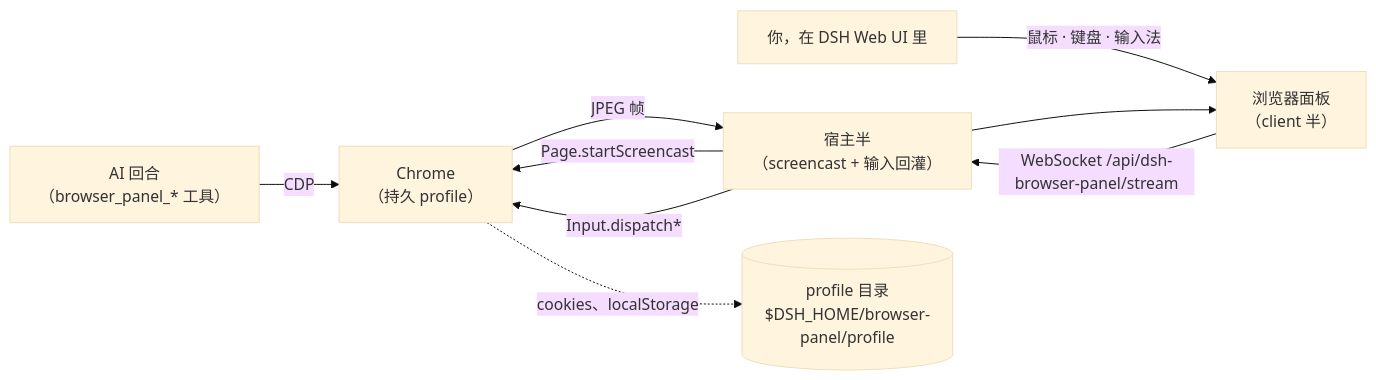
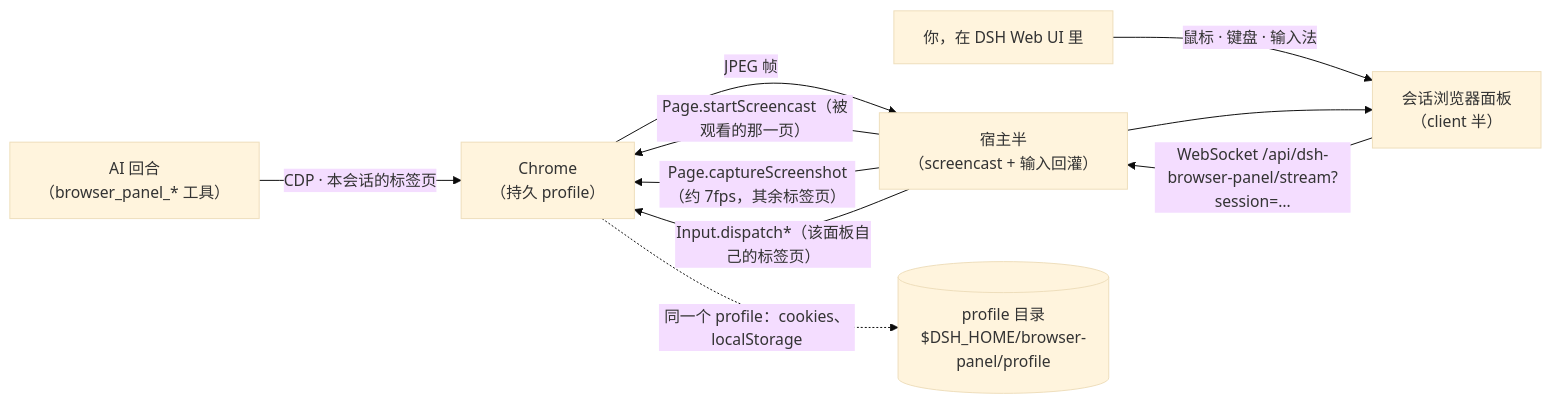
One commit to imroc/dsh-browser-panel changed the diagram in README.zh.md. Above: the diagram before and after it, drawn with Mermaid (base theme). The commit also changed other lines of this file and 3 other files, not shown here.

````diff
--- a/README.zh.md
+++ b/README.zh.md
@@ -41,10 +42,11 @@
 ```mermaid
 flowchart LR
-  AI["AI 回合<br/>（browser_panel_* 工具）"] -->|CDP| B["Chrome<br/>（持久 profile）"]
-  H["你，在 DSH Web UI 里"] -->|"鼠标 · 键盘 · 输入法"| P["浏览器面板<br/>（client 半）"]
-  P -->|"WebSocket /api/dsh-browser-panel/stream"| S["宿主半<br/>（screencast + 输入回灌）"]
-  S -->|"Page.startScreencast"| B
-  S -->|"Input.dispatch*"| B
+  AI["AI 回合<br/>（browser_panel_* 工具）"] -->|"CDP · 本会话的标签页"| B["Chrome<br/>（持久 profile）"]
+  H["你，在 DSH Web UI 里"] -->|"鼠标 · 键盘 · 输入法"| P["会话浏览器面板<br/>（client 半）"]
+  P -->|"WebSocket /api/dsh-browser-panel/stream?session=…"| S["宿主半<br/>（screencast + 输入回灌）"]
+  S -->|"Page.startScreencast（被观看的那一页）"| B
+  S -->|"Page.captureScreenshot（约 7fps，其余标签页）"| B
+  S -->|"Input.dispatch*（该面板自己的标签页）"| B
   B -->|"JPEG 帧"| S --> P
-  B -.->|"cookies、localStorage"| D[("profile 目录<br/>$DSH_HOME/browser-panel/profile")]
+  B -.->|"同一个 profile：cookies、localStorage"| D[("profile 目录<br/>$DSH_HOME/browser-panel/profile")]
 ```
````
